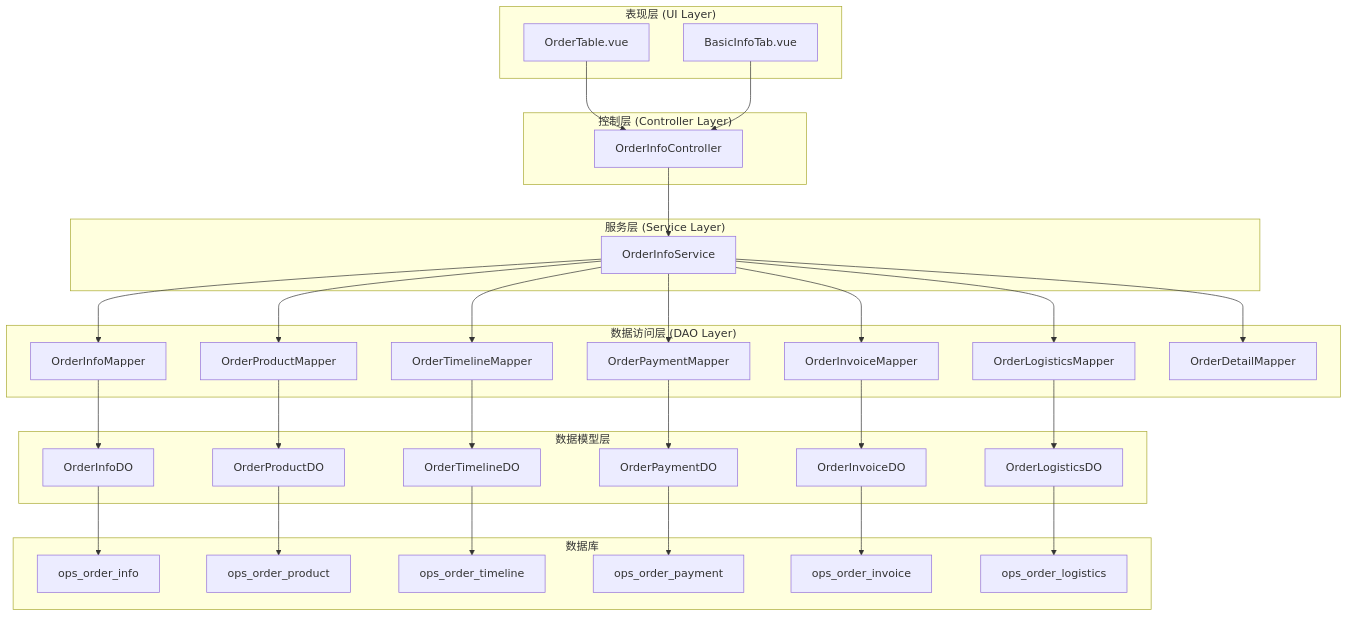
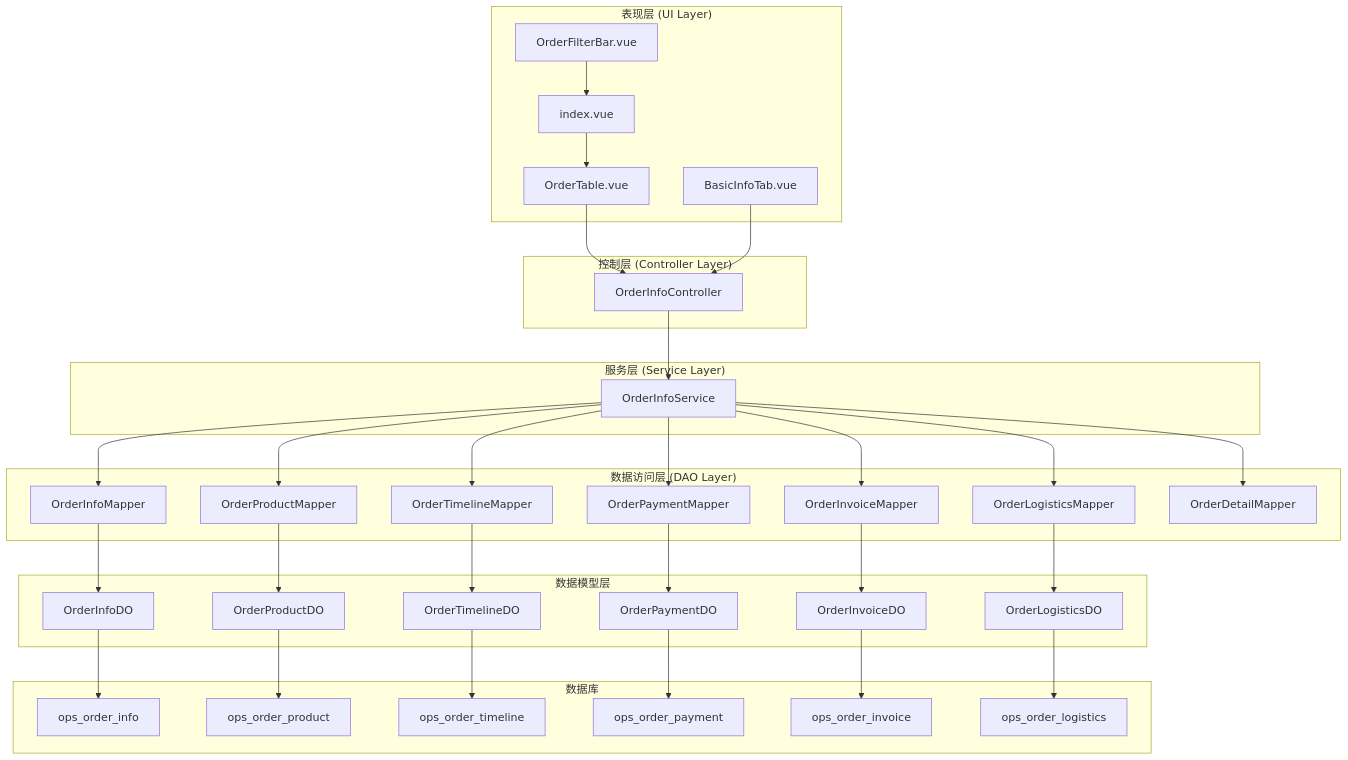
The second of 9 diagrams in .qoder/repowiki/zh/content/核心模块/运营中心模块/订单管理模块.md (xiaoche80s-tech/rouyi-vue-pro), drawn with Mermaid before and after one commit. The commit also changed other lines of this file and 158 other files, not shown here.

````diff
--- a/.qoder/repowiki/zh/content/核心模块/运营中心模块/订单管理模块.md
+++ b/.qoder/repowiki/zh/content/核心模块/运营中心模块/订单管理模块.md
@@ -144,60 +147,64 @@
 ```mermaid
 graph TB
 subgraph "表现层 (UI Layer)"
 A[OrderTable.vue]
 B[BasicInfoTab.vue]
+C[index.vue]
+D[OrderFilterBar.vue]
 end
 subgraph "控制层 (Controller Layer)"
-C[OrderInfoController]
+E[OrderInfoController]
 end
 subgraph "服务层 (Service Layer)"
-D[OrderInfoService]
+F[OrderInfoService]
 end
 subgraph "数据访问层 (DAO Layer)"
-E[OrderInfoMapper]
-F[OrderProductMapper]
-G[OrderTimelineMapper]
-H[OrderPaymentMapper]
-I[OrderInvoiceMapper]
-J[OrderLogisticsMapper]
-K[OrderDetailMapper]
+G[OrderInfoMapper]
+H[OrderProductMapper]
+I[OrderTimelineMapper]
+J[OrderPaymentMapper]
+K[OrderInvoiceMapper]
+L[OrderLogisticsMapper]
+M[OrderDetailMapper]
 end
 subgraph "数据模型层"
-L[OrderInfoDO]
-M[OrderProductDO]
-N[OrderTimelineDO]
-O[OrderPaymentDO]
-P[OrderInvoiceDO]
-Q[OrderLogisticsDO]
+N[OrderInfoDO]
+O[OrderProductDO]
+P[OrderTimelineDO]
+Q[OrderPaymentDO]
+R[OrderInvoiceDO]
+S[OrderLogisticsDO]
 end
 subgraph "数据库"
-R[ops_order_info]
-S[ops_order_product]
-T[ops_order_timeline]
-U[ops_order_payment]
-V[ops_order_invoice]
-W[ops_order_logistics]
+T[ops_order_info]
+U[ops_order_product]
+V[ops_order_timeline]
+W[ops_order_payment]
+X[ops_order_invoice]
+Y[ops_order_logistics]
 end
-A --> C
-B --> C
-C --> D
-D --> E
-D --> F
-D --> G
-D --> H
-D --> I
-D --> J
-D --> K
-E --> L
+A --> E
+B --> E
+C --> A
+D --> C
+E --> F
+F --> G
+F --> H
+F --> I
+F --> J
+F --> K
+F --> L
 F --> M
 G --> N
 H --> O
 I --> P
 J --> Q
-L --> R
-M --> S
+K --> R
+L --> S
 N --> T
 O --> U
 P --> V
 Q --> W
+R --> X
+S --> Y
 ```
````
